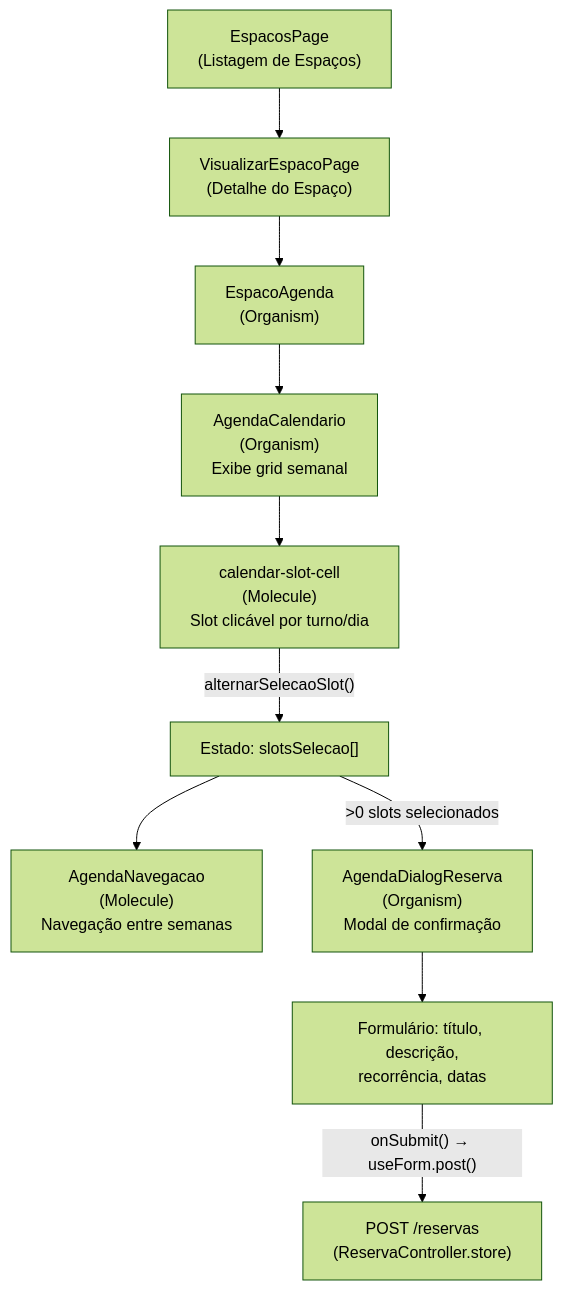
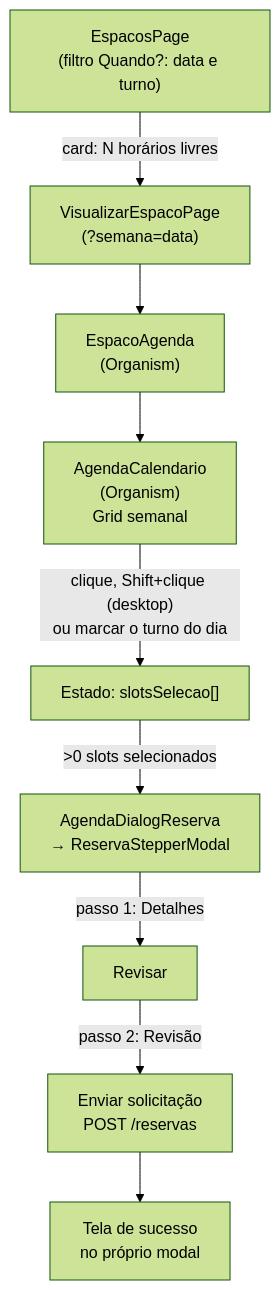
The third of 13 diagrams in docs/regras-de-negocio/fluxo-de-reservas.md (uniespacos/uniespacos), drawn with Mermaid (forest theme) before and after one commit. The commit also changed other lines of this file and 17 other files, not shown here.

````diff
--- a/docs/regras-de-negocio/fluxo-de-reservas.md
+++ b/docs/regras-de-negocio/fluxo-de-reservas.md
@@ -160,12 +160,11 @@
 ```mermaid
 graph TD
-    A["EspacosPage\n(Listagem de Espaços)"] --> B["VisualizarEspacoPage\n(Detalhe do Espaço)"]
-    B --> C["EspacoAgenda\n(Organism)"]
-    C --> D["AgendaCalendario\n(Organism)\nExibe grid semanal"]
-    D --> E["calendar-slot-cell\n(Molecule)\nSlot clicável por turno/dia"]
-    E -->|"alternarSelecaoSlot()"| F["Estado: slotsSelecao[]"]
-    F --> G["AgendaNavegacao\n(Molecule)\nNavegação entre semanas"]
-    F -->|">0 slots selecionados"| H["AgendaDialogReserva\n(Organism)\nModal de confirmação"]
-    H --> I["Formulário: título, descrição,\nrecorrência, datas"]
-    I -->|"onSubmit() → useForm.post()"| J["POST /reservas\n(ReservaController.store)"]
+    A["EspacosPage<br/>(filtro Quando?: data e turno)"] -->|"card: N horários livres"| B["VisualizarEspacoPage<br/>(?semana=data)"]
+    B --> C["EspacoAgenda<br/>(Organism)"]
+    C --> D["AgendaCalendario<br/>(Organism)<br/>Grid semanal"]
+    D -->|"clique, Shift+clique (desktop)<br/>ou marcar o turno do dia"| E["Estado: slotsSelecao[]"]
+    E -->|">0 slots selecionados"| F["AgendaDialogReserva<br/>→ ReservaStepperModal"]
+    F -->|"passo 1: Detalhes"| G["Revisar"]
+    G -->|"passo 2: Revisão"| H["Enviar solicitação<br/>POST /reservas"]
+    H --> I["Tela de sucesso<br/>no próprio modal"]
 ```
````
